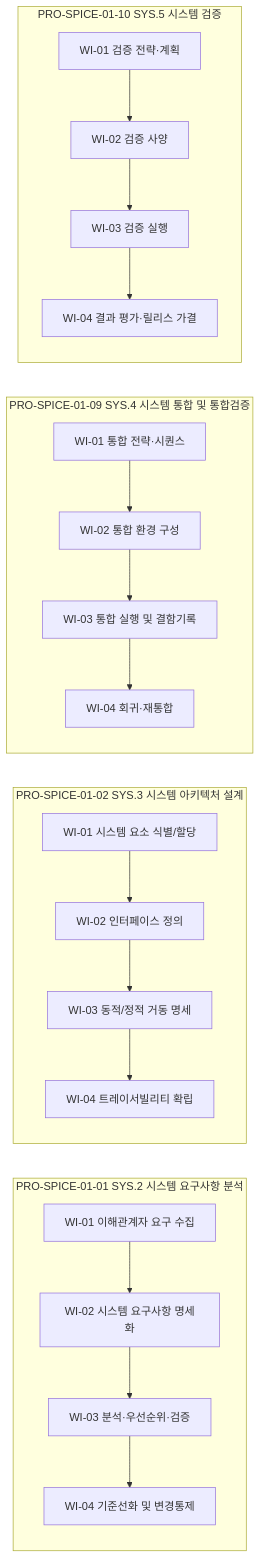
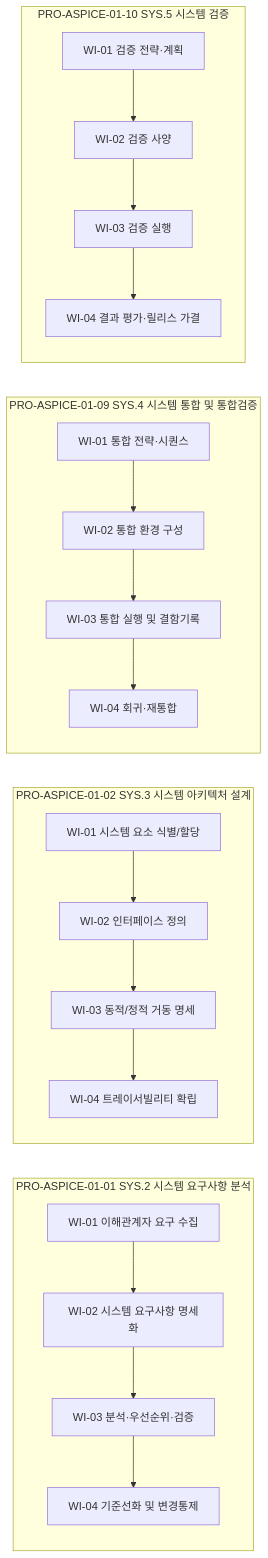
Before and after one commit to Processware-AI/processware: the second of 4 diagrams in vault/90_MAT_통합매핑/MAT-010_프로세스_플로우맵.md, drawn with Mermaid. The commit also changed other lines of this file and 124 other files, not shown here.

First line of the commit message:
fix(scope): SPICE → ASPICE 영역코드 전수 교체

````diff
--- a/vault/90_MAT_통합매핑/MAT-010_프로세스_플로우맵.md
+++ b/vault/90_MAT_통합매핑/MAT-010_프로세스_플로우맵.md
@@ -92,15 +92,15 @@
 ```mermaid
 flowchart LR
-  subgraph PRO01["PRO-SPICE-01-01 SYS.2 시스템 요구사항 분석"]
+  subgraph PRO01["PRO-ASPICE-01-01 SYS.2 시스템 요구사항 분석"]
     W0101["WI-01 이해관계자 요구 수집"] --> W0102["WI-02 시스템 요구사항 명세화"] --> W0103["WI-03 분석·우선순위·검증"] --> W0104["WI-04 기준선화 및 변경통제"]
   end
-  subgraph PRO02["PRO-SPICE-01-02 SYS.3 시스템 아키텍처 설계"]
+  subgraph PRO02["PRO-ASPICE-01-02 SYS.3 시스템 아키텍처 설계"]
     W0201["WI-01 시스템 요소 식별/할당"] --> W0202["WI-02 인터페이스 정의"] --> W0203["WI-03 동적/정적 거동 명세"] --> W0204["WI-04 트레이서빌리티 확립"]
   end
-  subgraph PRO09["PRO-SPICE-01-09 SYS.4 시스템 통합 및 통합검증"]
+  subgraph PRO09["PRO-ASPICE-01-09 SYS.4 시스템 통합 및 통합검증"]
     W0901["WI-01 통합 전략·시퀀스"] --> W0902["WI-02 통합 환경 구성"] --> W0903["WI-03 통합 실행 및 결함기록"] --> W0904["WI-04 회귀·재통합"]
   end
-  subgraph PRO10["PRO-SPICE-01-10 SYS.5 시스템 검증"]
+  subgraph PRO10["PRO-ASPICE-01-10 SYS.5 시스템 검증"]
     W1001["WI-01 검증 전략·계획"] --> W1002["WI-02 검증 사양"] --> W1003["WI-03 검증 실행"] --> W1004["WI-04 결과 평가·릴리스 가결"]
   end
 ```
````
